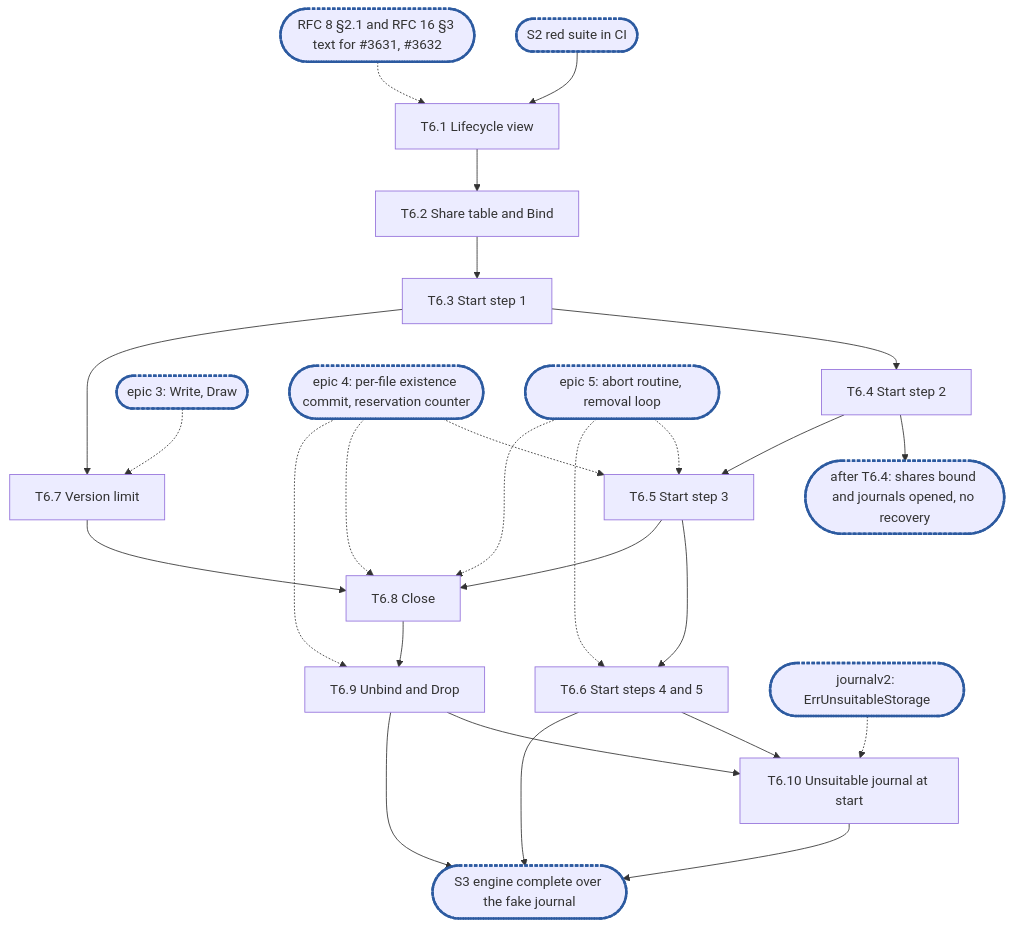
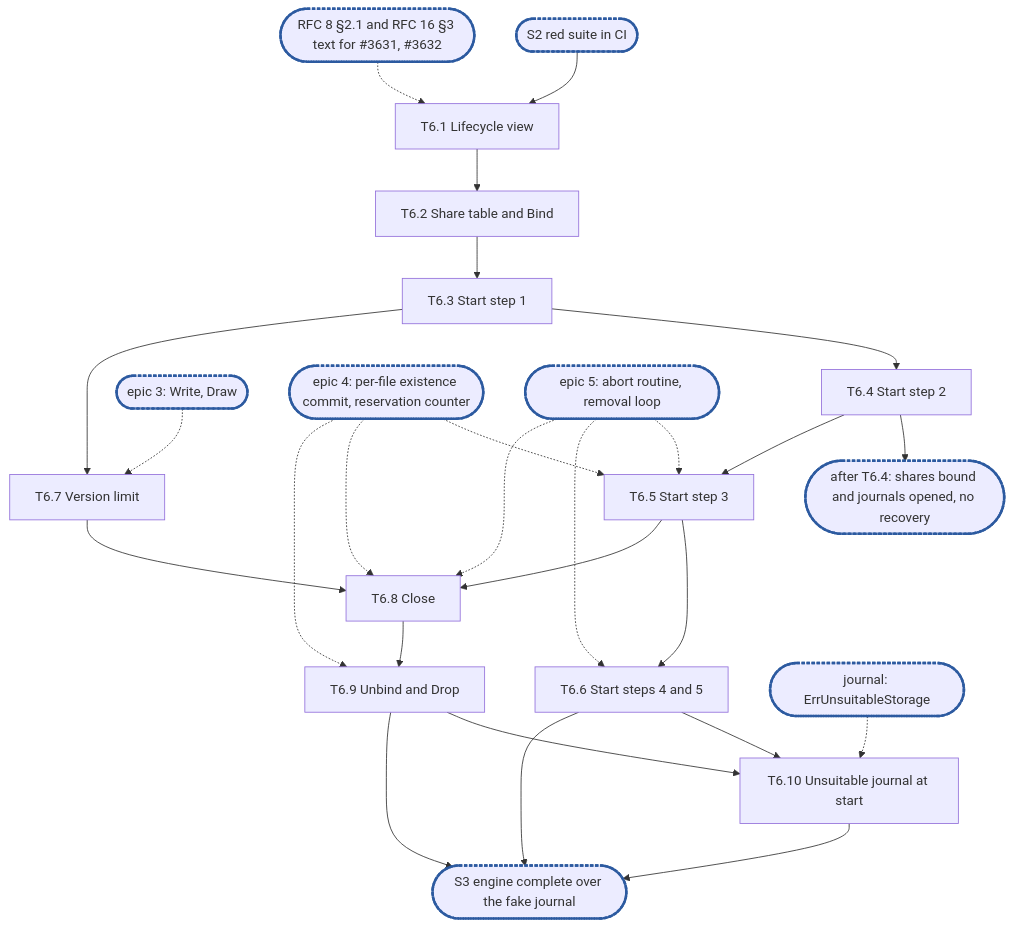
One commit to marmos91/dittofs changed the diagram in docs/internals/planning/rfc-8-engine-epic6.md. Above: the diagram before and after it, drawn with Mermaid. The commit also changed other lines of this file and 1 other file, not shown here.

Commit message:
docs(planning): epics 6 and 7 name the renamed engine and journal packages

````diff
--- a/docs/internals/planning/rfc-8-engine-epic6.md
+++ b/docs/internals/planning/rfc-8-engine-epic6.md
@@ -900,21 +900,21 @@
 ```mermaid
 flowchart TD
   S2(["S2 red suite in CI"]):::sync --> T6_1["T6.1 Lifecycle view"]
   rfc(["RFC 8 §2.1 and RFC 16 §3 text for #3631, #3632"]):::sync -.-> T6_1
   T6_1 --> T6_2["T6.2 Share table and Bind"]
   T6_2 --> T6_3["T6.3 Start step 1"]
   T6_3 --> T6_4["T6.4 Start step 2"]
   T6_4 --> C1(["after T6.4: shares bound and journals opened, no recovery"]):::sync
   ep3(["epic 3: Write, Draw"]):::sync -.-> T6_7
   T6_3 --> T6_7["T6.7 Version limit"]
   ep4(["epic 4: per-file existence commit, reservation counter"]):::sync -.-> T6_5 & T6_8 & T6_9
   ep5(["epic 5: abort routine, removal loop"]):::sync -.-> T6_5 & T6_6 & T6_8
   T6_4 --> T6_5["T6.5 Start step 3"]
   T6_5 --> T6_6["T6.6 Start steps 4 and 5"]
   T6_5 & T6_7 --> T6_8["T6.8 Close"]
   T6_8 --> T6_9["T6.9 Unbind and Drop"]
-  J(["journalv2: ErrUnsuitableStorage"]):::sync -.-> T6_10
+  J(["journal: ErrUnsuitableStorage"]):::sync -.-> T6_10
   T6_6 & T6_9 --> T6_10["T6.10 Unsuitable journal at start"]
   T6_6 & T6_9 & T6_10 --> S3(["S3 engine complete over the fake journal"]):::sync
   classDef sync stroke:#2c5aa0,stroke-width:3px,stroke-dasharray:4 2
 ```
````
